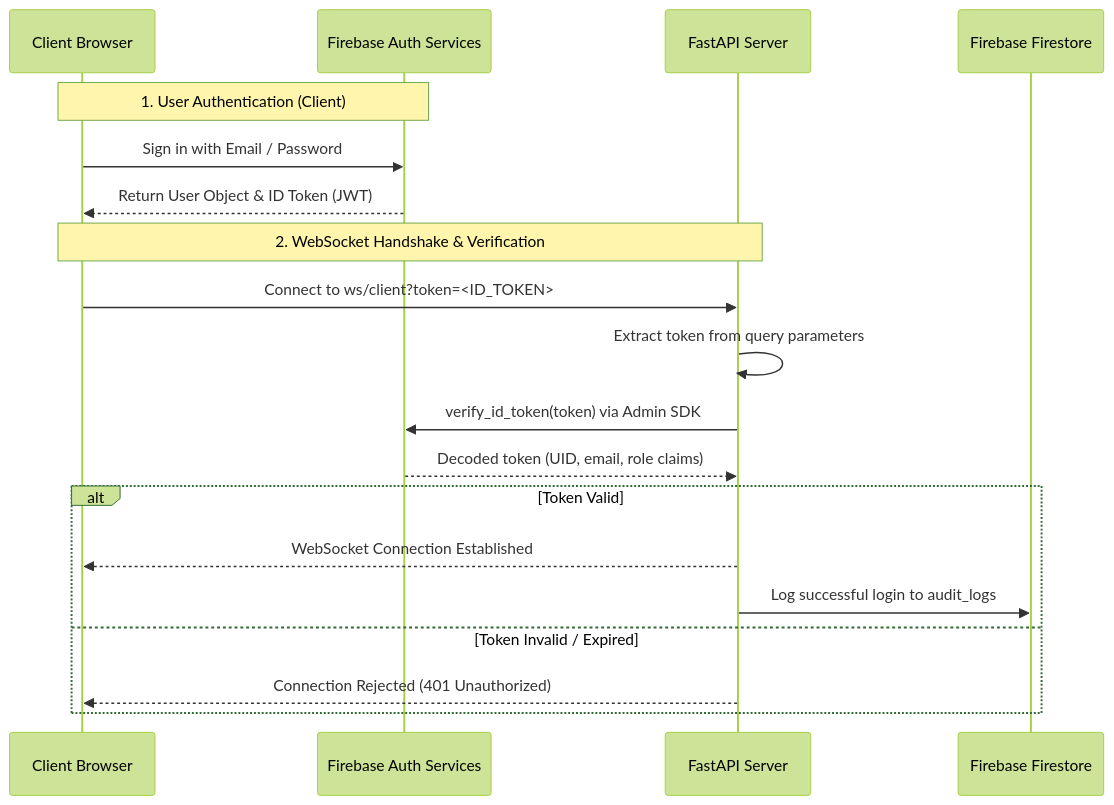
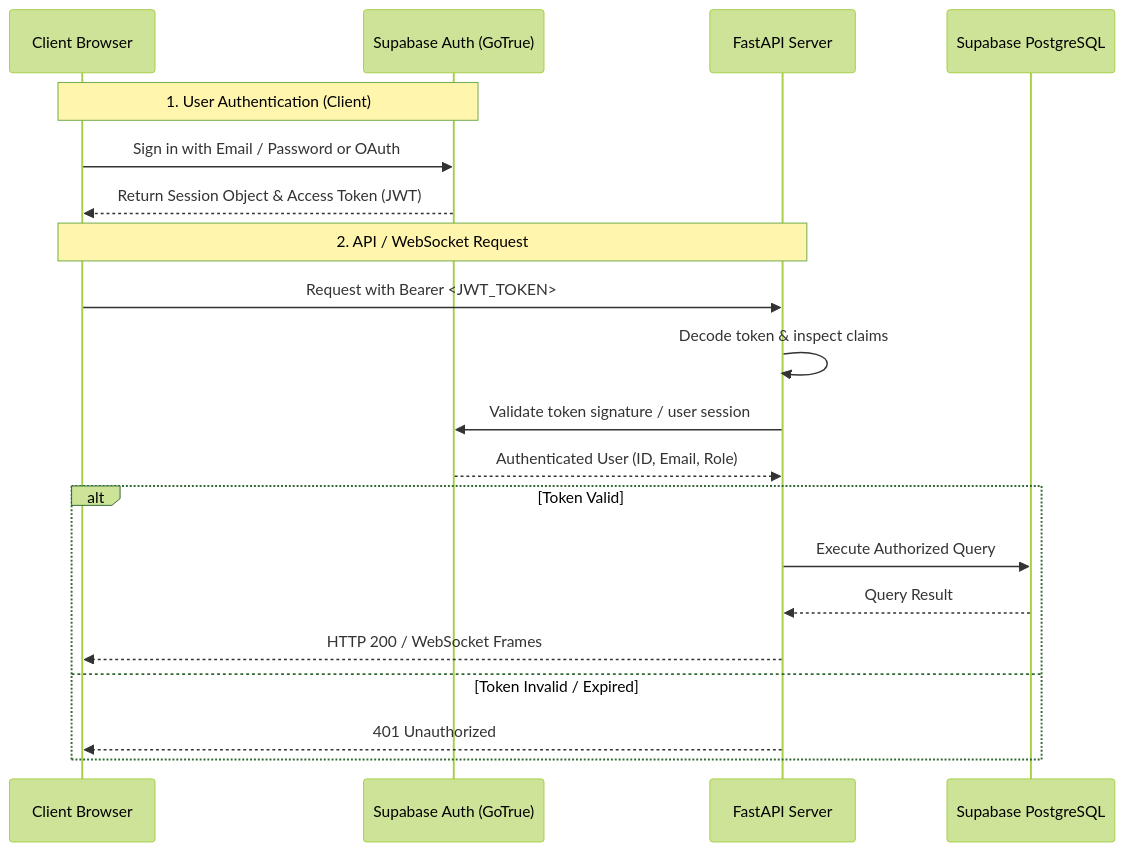
One commit to Mekesh-Engineer/gridflowx changed the diagram in Docs/10_Authentication.md. Above: the diagram before and after it, drawn with Mermaid (forest theme). The commit also changed other lines of this file and 679 other files, not shown here.

Commit message:
feat: complete Supabase migration, Next.js 15 frontend, FastAPI backend, and Agentic AI integration

````diff
--- a/Docs/10_Authentication.md
+++ b/Docs/10_Authentication.md
@@ -44,24 +20,25 @@
 ```mermaid
 sequenceDiagram
     participant USER as Client Browser
-    participant FB_AUTH as Firebase Auth Services
+    participant SB_AUTH as Supabase Auth (GoTrue)
     participant FASTAPI as FastAPI Server
-    participant FIRESTORE as Firebase Firestore
+    participant SUPABASE_PG as Supabase PostgreSQL
 
-    Note over USER,FB_AUTH: 1. User Authentication (Client)
-    USER->>FB_AUTH: Sign in with Email / Password
-    FB_AUTH-->>USER: Return User Object & ID Token (JWT)
+    Note over USER,SB_AUTH: 1. User Authentication (Client)
+    USER->>SB_AUTH: Sign in with Email / Password or OAuth
+    SB_AUTH-->>USER: Return Session Object & Access Token (JWT)
 
-    Note over USER,FASTAPI: 2. WebSocket Handshake & Verification
-    USER->>FASTAPI: Connect to ws/client?token=<ID_TOKEN>
-    FASTAPI->>FASTAPI: Extract token from query parameters
-    FASTAPI->>FB_AUTH: verify_id_token(token) via Admin SDK
-    FB_AUTH-->>FASTAPI: Decoded token (UID, email, role claims)
+    Note over USER,FASTAPI: 2. API / WebSocket Request
+    USER->>FASTAPI: Request with Bearer <JWT_TOKEN>
+    FASTAPI->>FASTAPI: Decode token & inspect claims
+    FASTAPI->>SB_AUTH: Validate token signature / user session
+    SB_AUTH-->>FASTAPI: Authenticated User (ID, Email, Role)
     
     alt Token Valid
-        FASTAPI-->>USER: WebSocket Connection Established
-        FASTAPI->>FIRESTORE: Log successful login to audit_logs
+        FASTAPI->>SUPABASE_PG: Execute Authorized Query
+        SUPABASE_PG-->>FASTAPI: Query Result
+        FASTAPI-->>USER: HTTP 200 / WebSocket Frames
     else Token Invalid / Expired
-        FASTAPI-->>USER: Connection Rejected (401 Unauthorized)
+        FASTAPI-->>USER: 401 Unauthorized
     end
 ```
````
